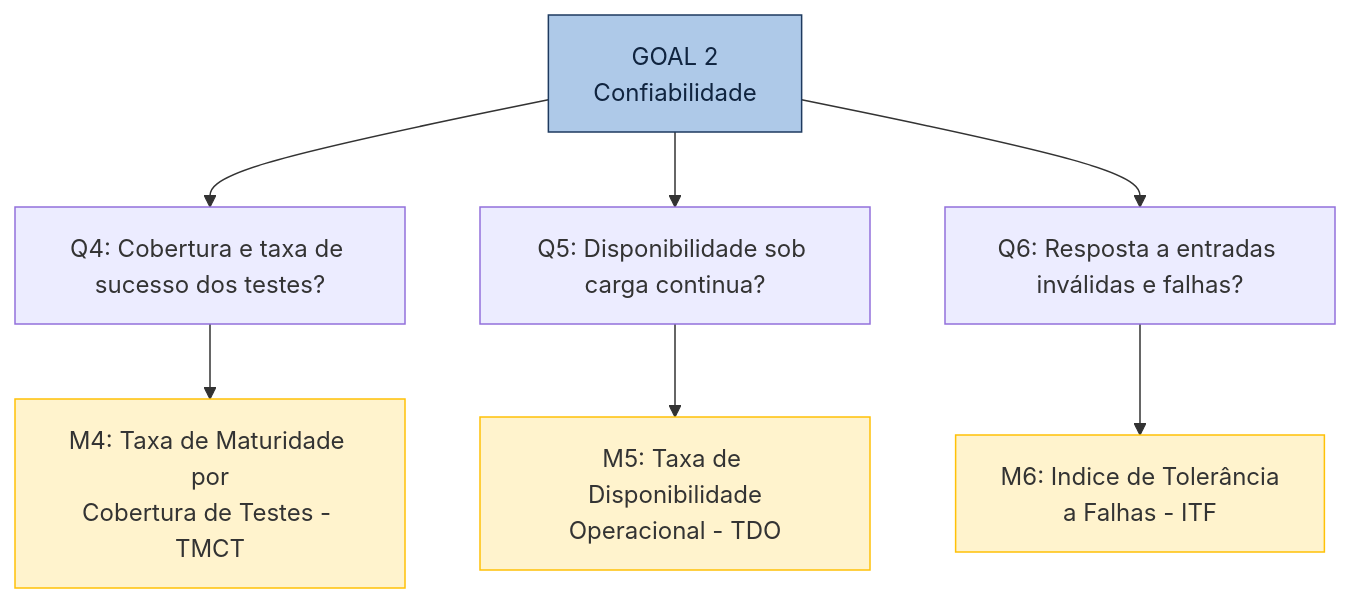
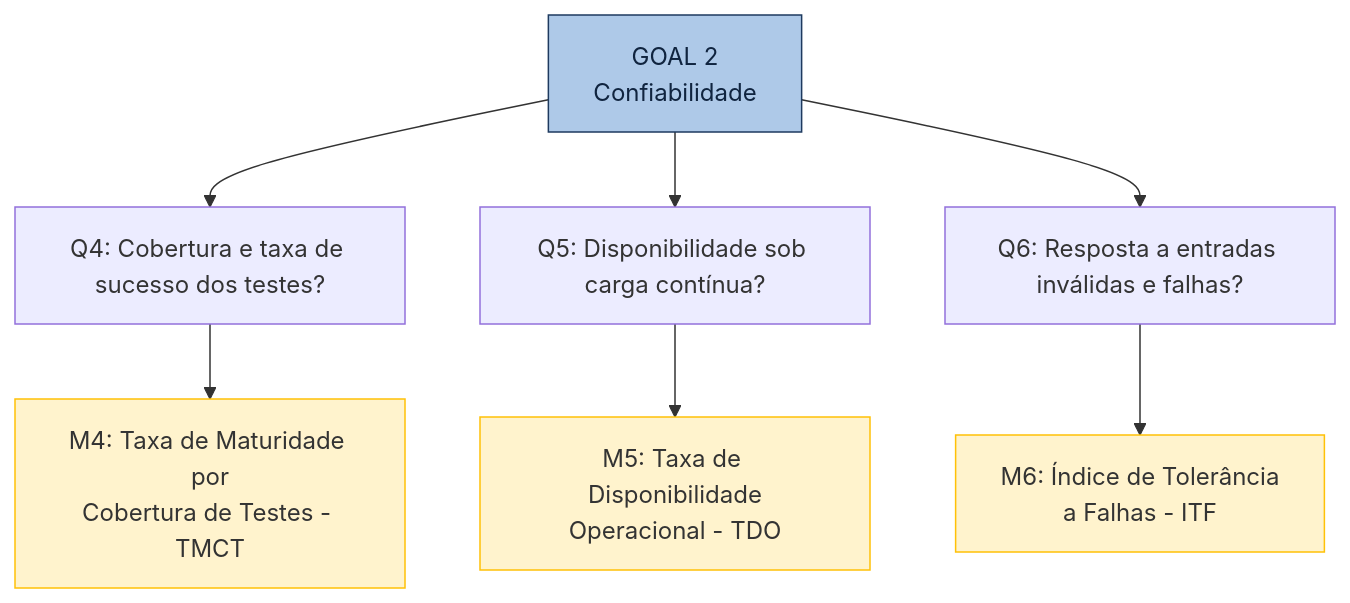
Before and after one commit to FCTE-Qualidade-de-Software-1/2026-1_T01_FRANS_BILAS: the diagram in docs/fase2/confiabilidade.md, drawn with Mermaid. The commit also changed 2 other files, not shown here.

Commit message:
fix: Revisao dos diagramas(conteudo)

````diff
--- a/docs/fase2/confiabilidade.md
+++ b/docs/fase2/confiabilidade.md
@@ -25,15 +25,15 @@
 ```mermaid
 graph TD
     G2["GOAL 2<br>Confiabilidade"]
     G2 --> Q4["Q4: Cobertura e taxa de sucesso dos testes?"]
-    G2 --> Q5["Q5: Disponibilidade sob carga continua?"]
+    G2 --> Q5["Q5: Disponibilidade sob carga contínua?"]
     G2 --> Q6["Q6: Resposta a entradas inválidas e falhas?"]
     Q4 --> M4["M4: Taxa de Maturidade por<br>Cobertura de Testes - TMCT"]
     Q5 --> M5["M5: Taxa de Disponibilidade<br>Operacional - TDO"]
-    Q6 --> M6["M6: Indice de Tolerância<br>a Falhas - ITF"]
+    Q6 --> M6["M6: Índice de Tolerância<br>a Falhas - ITF"]
 
     style G2 fill:#AEC9E8,stroke:#1E3A5F,color:#10243F
     style M4 fill:#fff3cd,stroke:#ffc107
     style M5 fill:#fff3cd,stroke:#ffc107
     style M6 fill:#fff3cd,stroke:#ffc107
 ```
````
